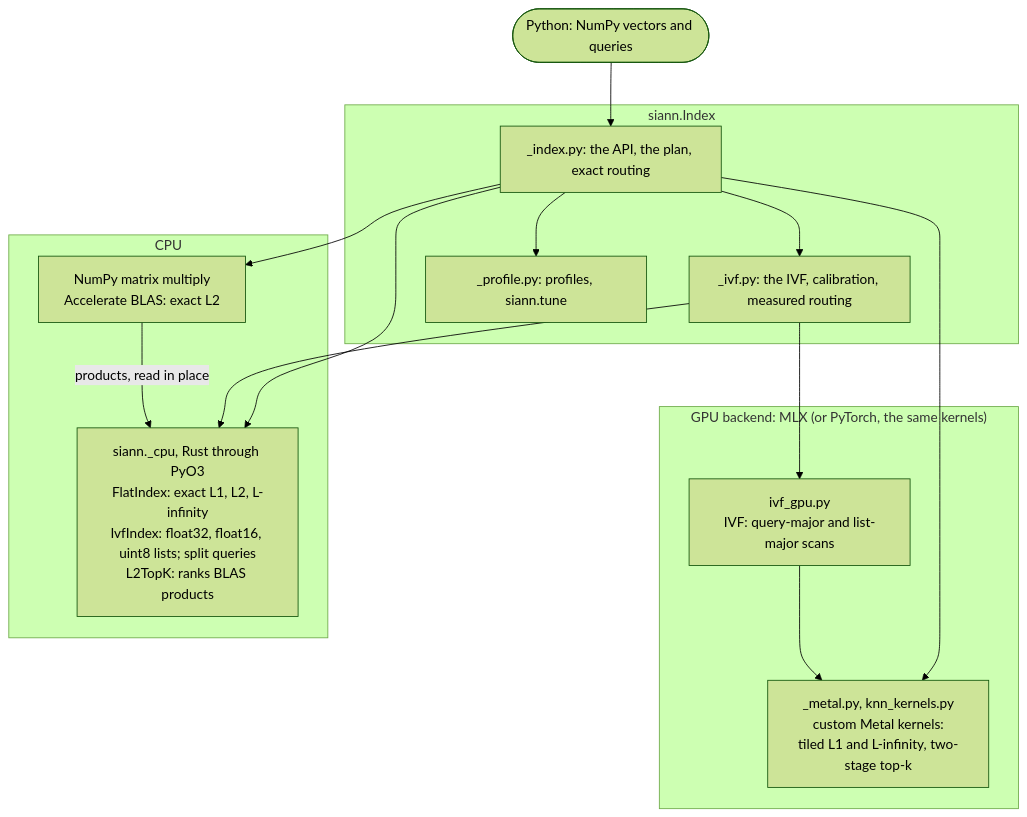
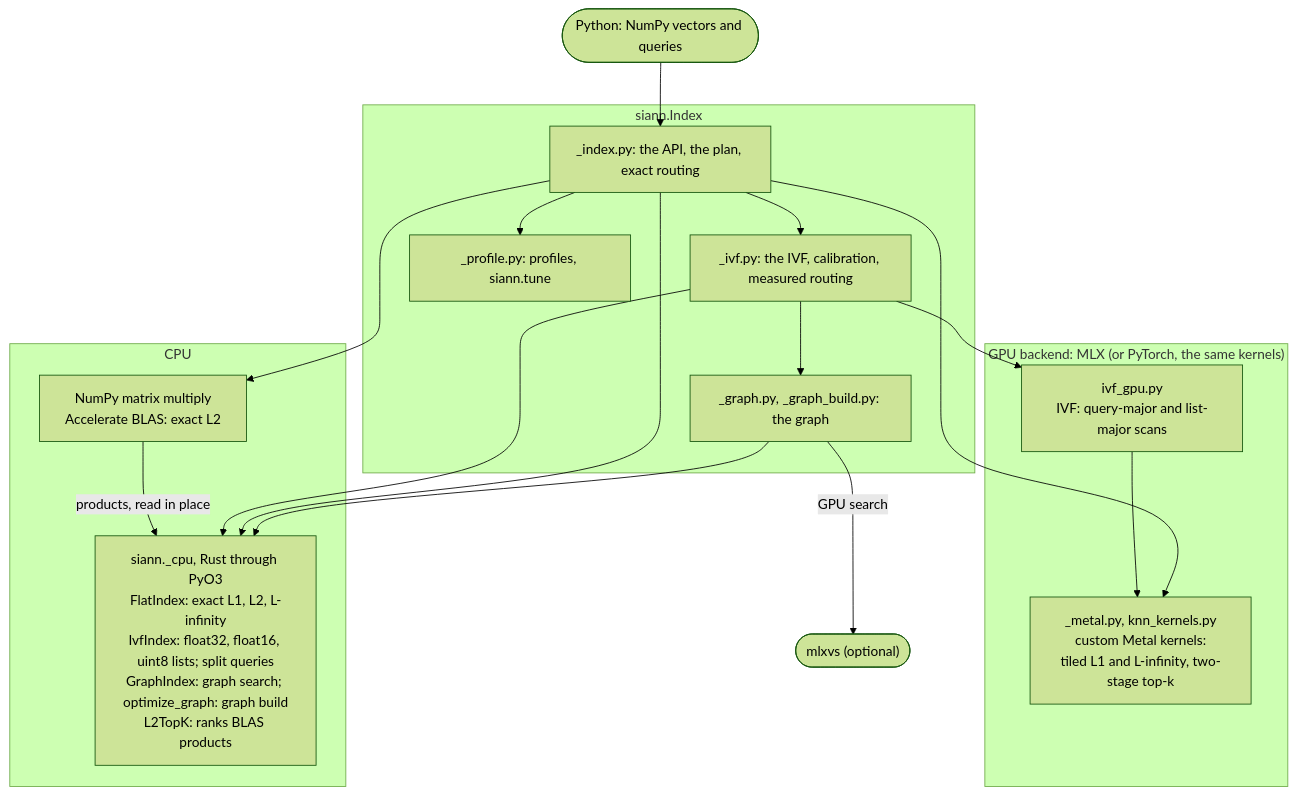
Before and after one commit to vglazer/siann: the sixth of 6 diagrams in IMPLEMENTATION.md, drawn with Mermaid (forest theme). The commit also changed other lines of this file and 17 other files, not shown here.

Commit message:
Version 0.4.0: the graph index, routing by a measured table, and the docs for them

````diff
--- a/IMPLEMENTATION.md
+++ b/IMPLEMENTATION.md
@@ -433,31 +494,35 @@
 ```mermaid
 flowchart TB
     user(["Python: NumPy vectors and queries"])
 
     subgraph api["siann.Index"]
         idx["_index.py: the API, the plan, exact routing"]
         ivfp["_ivf.py: the IVF, calibration, measured routing"]
+        graphp["_graph.py, _graph_build.py: the graph"]
         prof["_profile.py: profiles, siann.tune"]
     end
 
     subgraph gpu["GPU backend: MLX (or PyTorch, the same kernels)"]
         kern["_metal.py, knn_kernels.py<br/>custom Metal kernels:<br/>tiled L1 and L-infinity, two-stage top-k"]
         ivfg["ivf_gpu.py<br/>IVF: query-major and list-major scans"]
     end
 
     subgraph cpu["CPU"]
-        rust["siann._cpu, Rust through PyO3<br/>FlatIndex: exact L1, L2, L-infinity<br/>IvfIndex: float32, float16, uint8 lists; split queries<br/>L2TopK: ranks BLAS products"]
+        rust["siann._cpu, Rust through PyO3<br/>FlatIndex: exact L1, L2, L-infinity<br/>IvfIndex: float32, float16, uint8 lists; split queries<br/>GraphIndex: graph search; optimize_graph: graph build<br/>L2TopK: ranks BLAS products"]
         blas["NumPy matrix multiply<br/>Accelerate BLAS: exact L2"]
     end
 
     user --> idx
     idx --> ivfp
+    ivfp --> graphp
+    graphp --> rust
+    graphp -- "GPU search" --> mlxvs(["mlxvs (optional)"])
     idx --> prof
     idx --> kern
     idx --> rust
     idx --> blas
     ivfp --> ivfg
     ivfp --> rust
     ivfg --> kern
     blas -- "products, read in place" --> rust
 ```
````
